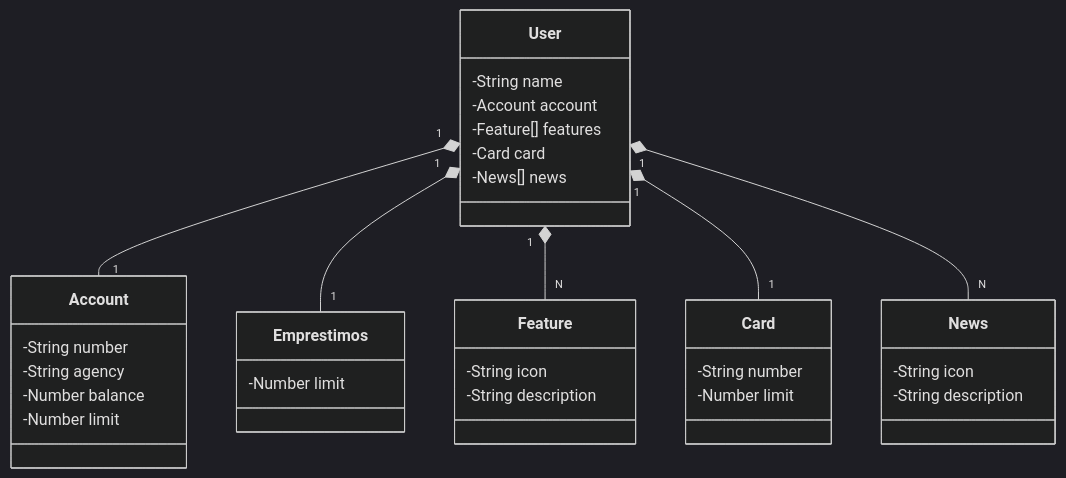
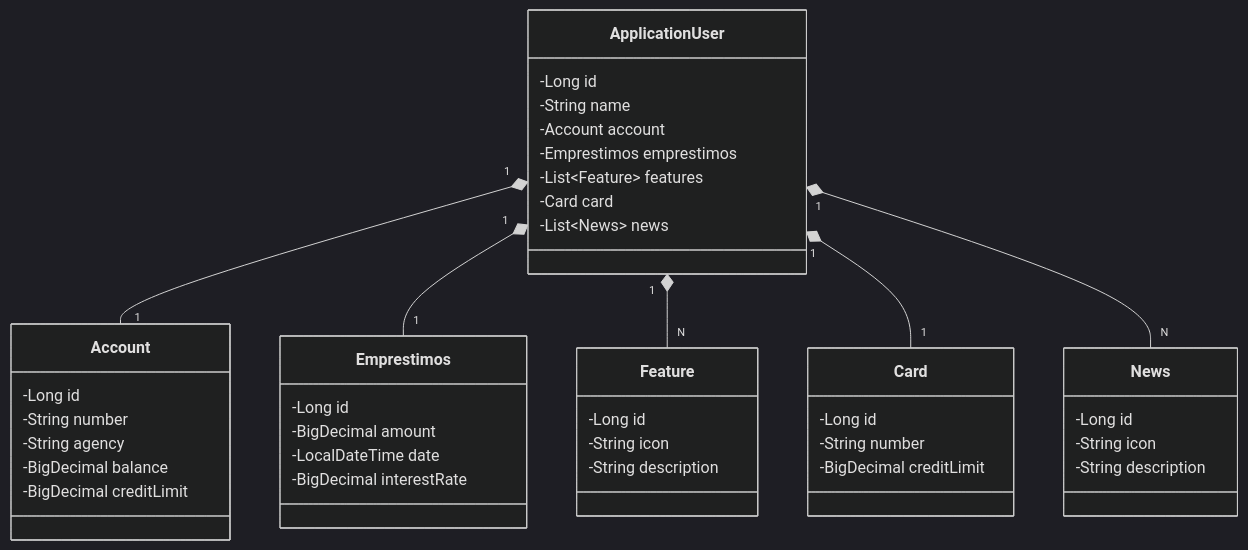
Before and after one commit to IOVASCON/Santander-2024-Backend-com-Java: the diagram in Readme.md, drawn with Mermaid (dark theme). The commit also changed other lines of this file, not shown here.

````diff
--- a/Readme.md
+++ b/Readme.md
@@ -19,42 +18,52 @@
 ```mermaid
 classDiagram
-  class User {
+  class ApplicationUser {
+    -Long id
     -String name
     -Account account
-    -Feature[] features
+    -Emprestimos emprestimos
+    -List~Feature~ features
     -Card card
-    -News[] news
+    -List~News~ news
   }
 
   class Account {
+    -Long id
     -String number
     -String agency
-    -Number balance
-    -Number limit
+    -BigDecimal balance
+    -BigDecimal creditLimit
   }
 
   class Emprestimos {
-    -Number limit
+    -Long id
+    -BigDecimal amount
+    -LocalDateTime date
+    -BigDecimal interestRate
   }
 
   class Feature {
+    -Long id
     -String icon
     -String description
   }
 
   class Card {
+    -Long id
     -String number
-    -Number limit
+    -BigDecimal creditLimit
   }
 
   class News {
+    -Long id
     -String icon
     -String description
   }
 
-  User "1" *-- "1" Account
-  User "1" *-- "1" Emprestimos
-  User "1" *-- "N" Feature
-  User "1" *-- "1" Card
-  User "1" *-- "N" News
+  ApplicationUser "1" *-- "1" Account
+  ApplicationUser "1" *-- "1" Emprestimos
+  ApplicationUser "1" *-- "N" Feature
+  ApplicationUser "1" *-- "1" Card
+  ApplicationUser "1" *-- "N" News
+
 ```
````
